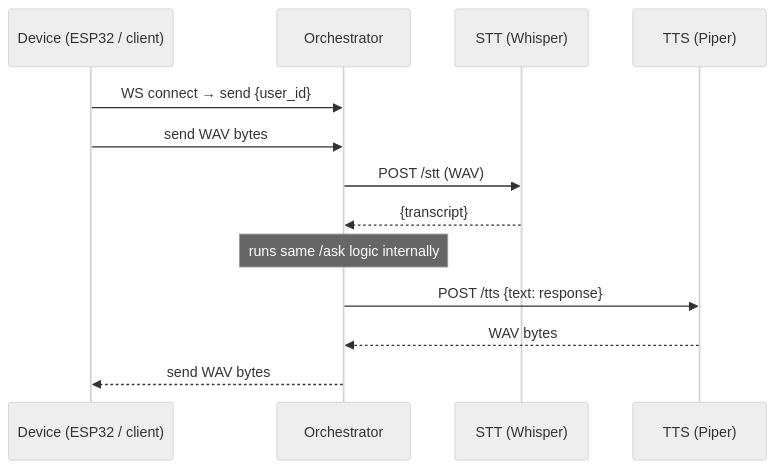
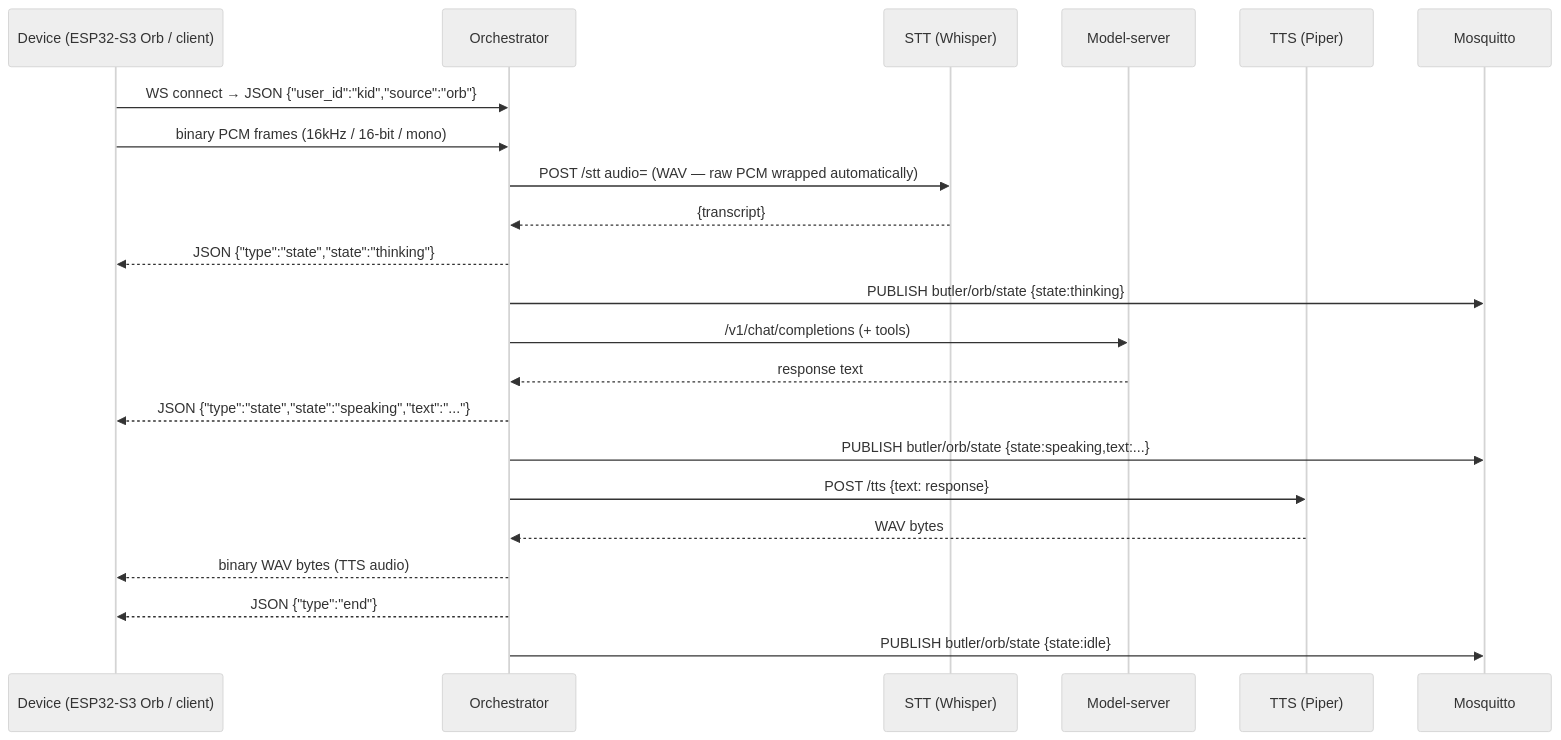
One commit to damon-wangzc/ai-home-butler changed the third of 5 diagrams in README.md. Above: the diagram before and after it, drawn with Mermaid (neutral theme). The commit also changed other lines of this file and 23 other files, not shown here.

````diff
--- a/README.md
+++ b/README.md
@@ -118,16 +120,25 @@
 ```mermaid
 sequenceDiagram
-    participant D as Device (ESP32 / client)
+    participant D as Device (ESP32-S3 Orb / client)
     participant O as Orchestrator
     participant S as STT (Whisper)
+    participant M as Model-server
     participant T as TTS (Piper)
+    participant MQ as Mosquitto
 
-    D->>O: WS connect → send {user_id}
-    D->>O: send WAV bytes
-    O->>S: POST /stt (WAV)
+    D->>O: WS connect → JSON {"user_id":"kid","source":"orb"}
+    D->>O: binary PCM frames (16kHz / 16-bit / mono)
+    O->>S: POST /stt audio= (WAV — raw PCM wrapped automatically)
     S-->>O: {transcript}
-    Note over O: runs same /ask logic internally
+    O-->>D: JSON {"type":"state","state":"thinking"}
+    O->>MQ: PUBLISH butler/orb/state {state:thinking}
+    O->>M: /v1/chat/completions (+ tools)
+    M-->>O: response text
+    O-->>D: JSON {"type":"state","state":"speaking","text":"..."}
+    O->>MQ: PUBLISH butler/orb/state {state:speaking,text:...}
     O->>T: POST /tts {text: response}
     T-->>O: WAV bytes
-    O-->>D: send WAV bytes
+    O-->>D: binary WAV bytes (TTS audio)
+    O-->>D: JSON {"type":"end"}
+    O->>MQ: PUBLISH butler/orb/state {state:idle}
 ```
````
